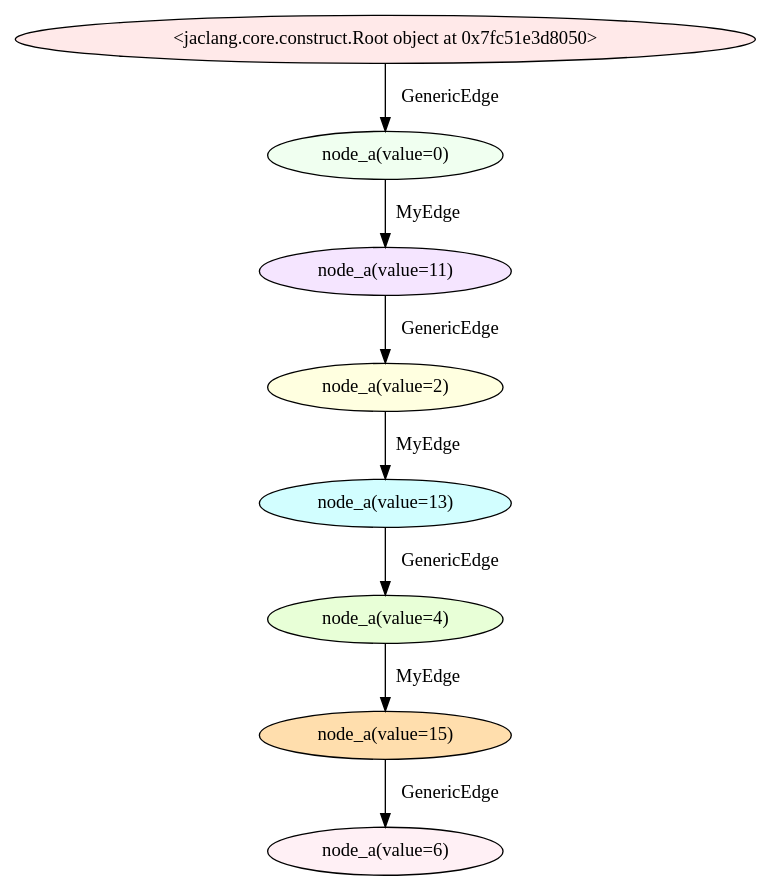
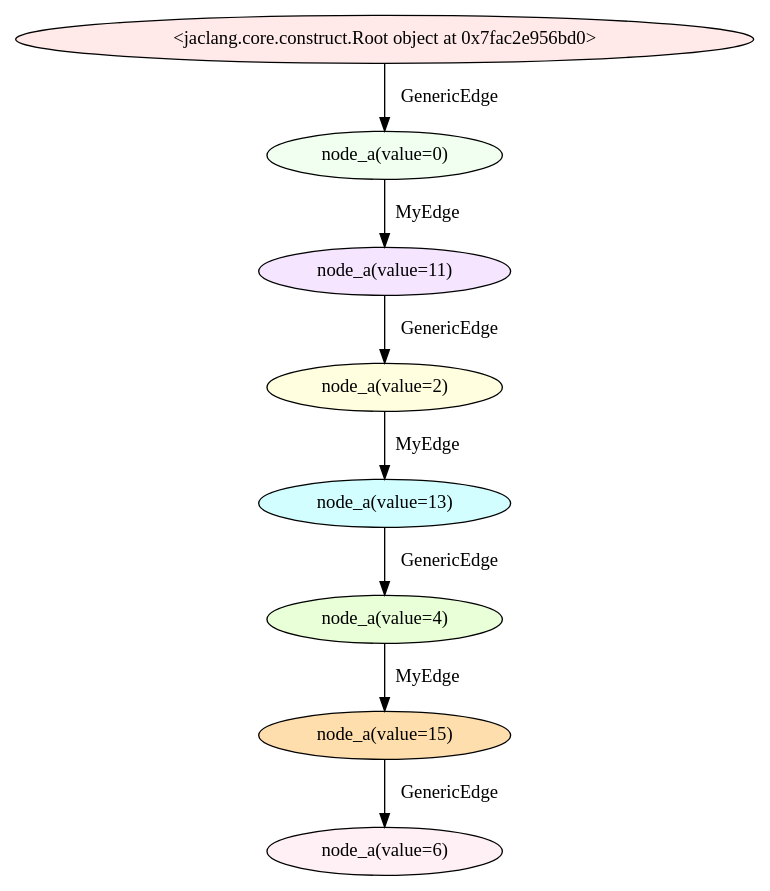
One commit to Jaseci-Labs/jaseci changed the diagram in connect_expressions.dot. Above: the diagram before and after it, drawn with Graphviz. The commit also changed 4 other files, not shown here.

```diff
--- a/connect_expressions.dot
+++ b/connect_expressions.dot
@@ -1,18 +1,18 @@
 digraph {
 node [style="filled", shape="ellipse", fillcolor="invis", fontcolor="black"];
 0 -> 1  [label="GenericEdge "];
 1 -> 2  [label="MyEdge "];
 2 -> 3  [label="GenericEdge "];
 3 -> 4  [label="MyEdge "];
 4 -> 5  [label="GenericEdge "];
 5 -> 6  [label="MyEdge "];
 6 -> 7  [label="GenericEdge "];
-0 [label="<jaclang.core.construct.Root object at 0x7fc51e3d8050>" fillcolor="#FFE9E9"];
+0 [label="<jaclang.core.construct.Root object at 0x7fac2e956bd0>" fillcolor="#FFE9E9"];
 1 [label="node_a(value=0)" fillcolor="#F0FFF0"];
 2 [label="node_a(value=11)" fillcolor="#F5E5FF"];
 3 [label="node_a(value=2)" fillcolor="#FFFFE0"];
 4 [label="node_a(value=13)" fillcolor="#D2FEFF "];
 5 [label="node_a(value=4)" fillcolor="#E8FFD7"];
 6 [label="node_a(value=15)" fillcolor="#FFDEAD"];
 7 [label="node_a(value=6)" fillcolor="#FFF0F5"];
 }
```
